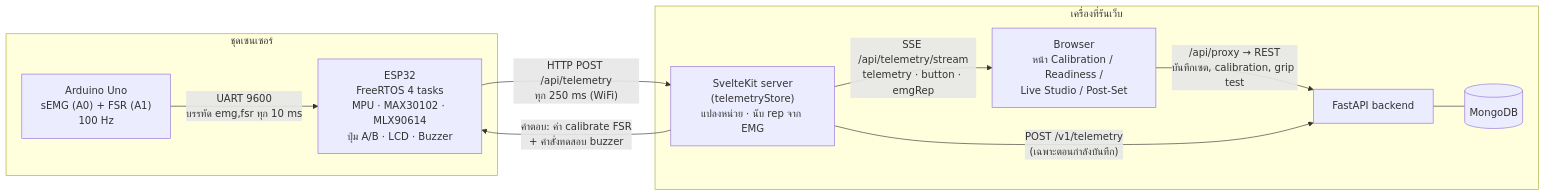
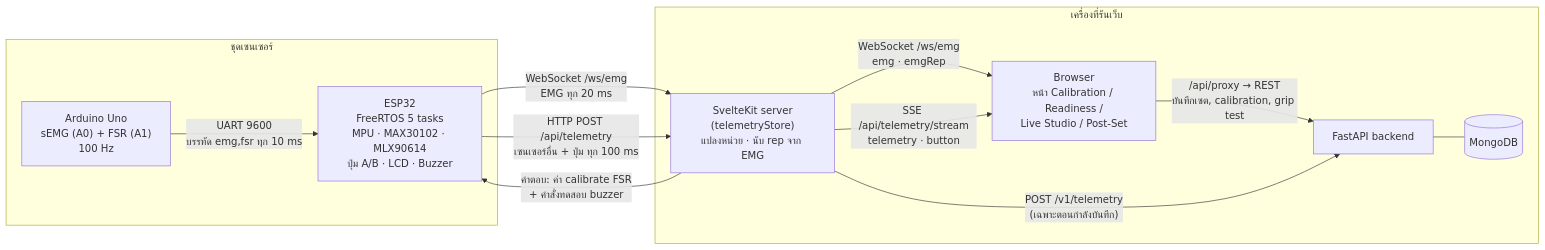
The first of 4 diagrams in docs/system_overview.md (Fishcanwalk/muscle-activity-analyzer), drawn with Mermaid before and after one commit. The commit also changed other lines of this file and 13 other files, not shown here.

Commit message:
change emg from http to websocket

````diff
--- a/docs/system_overview.md
+++ b/docs/system_overview.md
@@ -16,22 +16,24 @@
 ```mermaid
 flowchart LR
     subgraph Board["ชุดเซนเซอร์"]
         UNO["Arduino Uno<br/>sEMG (A0) + FSR (A1)<br/>100 Hz"]
-        ESP["ESP32<br/>FreeRTOS 4 tasks<br/>MPU · MAX30102 · MLX90614<br/>ปุ่ม A/B · LCD · Buzzer"]
+        ESP["ESP32<br/>FreeRTOS 5 tasks<br/>MPU · MAX30102 · MLX90614<br/>ปุ่ม A/B · LCD · Buzzer"]
         UNO -- "UART 9600<br/>บรรทัด emg,fsr ทุก 10 ms" --> ESP
     end
 
     subgraph Web["เครื่องที่รันเว็บ"]
         SK["SvelteKit server<br/>(telemetryStore)<br/>แปลงหน่วย · นับ rep จาก EMG"]
         BR["Browser<br/>หน้า Calibration / Readiness /<br/>Live Studio / Post-Set"]
         API["FastAPI backend"]
         DB[("MongoDB")]
     end
 
-    ESP -- "HTTP POST /api/telemetry<br/>ทุก 250 ms (WiFi)" --> SK
+    ESP -- "WebSocket /ws/emg<br/>EMG ทุก 20 ms" --> SK
+    ESP -- "HTTP POST /api/telemetry<br/>เซนเซอร์อื่น + ปุ่ม ทุก 100 ms" --> SK
     SK -- "คำตอบ: ค่า calibrate FSR<br/>+ คำสั่งทดสอบ buzzer" --> ESP
-    SK -- "SSE /api/telemetry/stream<br/>telemetry · button · emgRep" --> BR
+    SK -- "WebSocket /ws/emg<br/>emg · emgRep" --> BR
+    SK -- "SSE /api/telemetry/stream<br/>telemetry · button" --> BR
     BR -- "/api/proxy → REST<br/>บันทึกเซต, calibration, grip test" --> API
     SK -- "POST /v1/telemetry<br/>(เฉพาะตอนกำลังบันทึก)" --> API
     API --- DB
 ```
````
